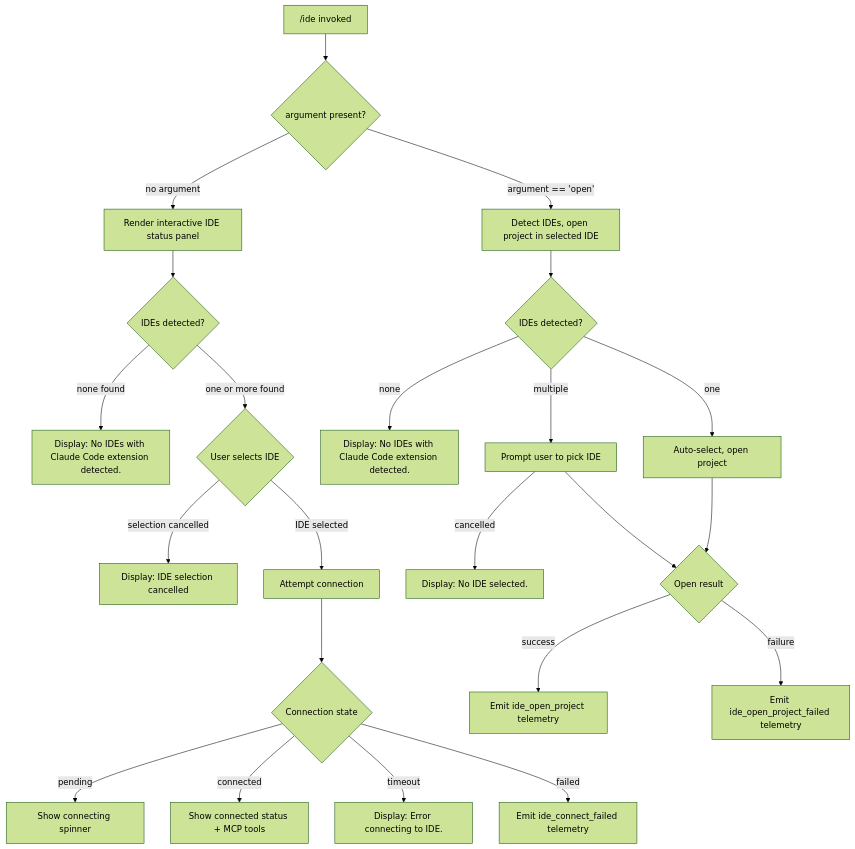
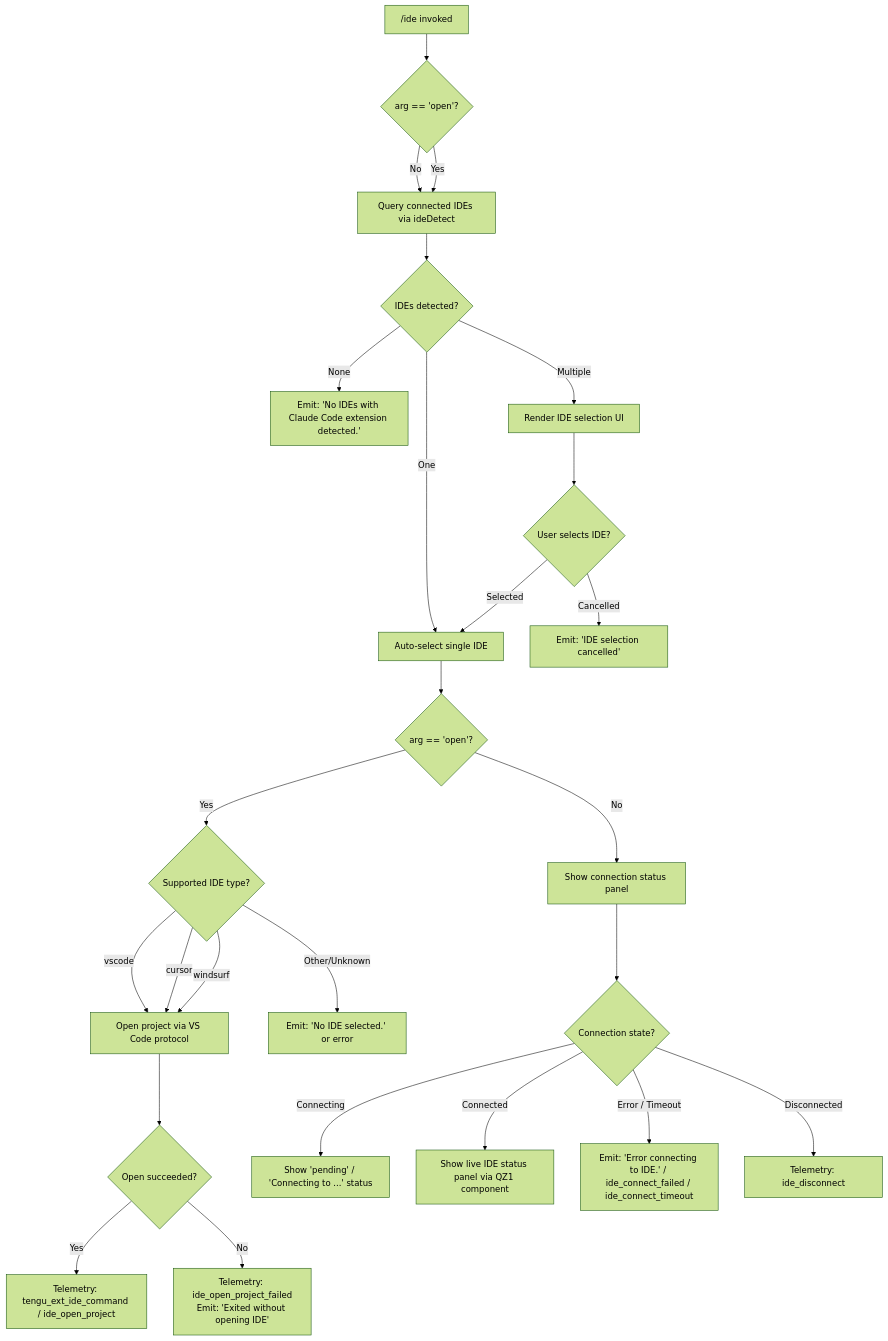
One commit to MyLittleLuckyDog/cc-gnothi changed the diagram in versions/v2.1.150/ide.md. Above: the diagram before and after it, drawn with Mermaid (forest theme). The commit also changed other lines of this file and 496 other files, not shown here.

````diff
--- a/versions/v2.1.150/ide.md
+++ b/versions/v2.1.150/ide.md
@@ -46,25 +55,34 @@
 ```mermaid
 flowchart TD
-    A["/ide invoked"] --> B{argument present?}
-    B -- "no argument" --> C[Render interactive IDE status panel]
-    B -- "argument == 'open'" --> D[Detect IDEs, open project in selected IDE]
-    C --> E{IDEs detected?}
-    E -- "none found" --> F["Display: No IDEs with Claude Code extension detected."]
-    E -- "one or more found" --> G{User selects IDE}
-    G -- "selection cancelled" --> H["Display: IDE selection cancelled"]
-    G -- "IDE selected" --> I[Attempt connection]
-    I --> J{Connection state}
-    J -- "pending" --> K[Show connecting spinner]
-    J -- "connected" --> L[Show connected status + MCP tools]
-    J -- "timeout" --> M["Display: Error connecting to IDE."]
-    J -- "failed" --> N["Emit ide_connect_failed telemetry"]
-    D --> O{IDEs detected?}
-    O -- "none" --> P["Display: No IDEs with Claude Code extension detected."]
-    O -- "one" --> Q[Auto-select, open project]
-    O -- "multiple" --> R[Prompt user to pick IDE]
-    R -- "cancelled" --> S["Display: No IDE selected."]
-    Q --> T{Open result}
-    R --> T
-    T -- "success" --> U["Emit ide_open_project telemetry"]
-    T -- "failure" --> V["Emit ide_open_project_failed telemetry"]
+    A["/ide invoked"] --> B{arg == 'open'?}
+    B -- No --> C[Query connected IDEs via ideDetect]
+    B -- Yes --> C
+
+    C --> D{IDEs detected?}
+    D -- None --> E["Emit: 'No IDEs with Claude Code extension detected.'"]
+    D -- One --> F[Auto-select single IDE]
+    D -- Multiple --> G[Render IDE selection UI]
+
+    G --> H{User selects IDE?}
+    H -- Cancelled --> I["Emit: 'IDE selection cancelled'"]
+    H -- Selected --> F
+
+    F --> J{arg == 'open'?}
+    J -- No --> K[Show connection status panel]
+    J -- Yes --> L{Supported IDE type?}
+
+    L -- vscode --> M[Open project via VS Code protocol]
+    L -- cursor --> M
+    L -- windsurf --> M
+    L -- Other/Unknown --> N["Emit: 'No IDE selected.' or error"]
+
+    M --> O{Open succeeded?}
+    O -- Yes --> P["Telemetry: tengu_ext_ide_command / ide_open_project"]
+    O -- No --> Q["Telemetry: ide_open_project_failed\nEmit: 'Exited without opening IDE'"]
+
+    K --> R{Connection state?}
+    R -- Connecting --> S["Show 'pending' / 'Connecting to ...' status"]
+    R -- Connected --> T[Show live IDE status panel via QZ1 component]
+    R -- Error / Timeout --> U["Emit: 'Error connecting to IDE.' / ide_connect_failed / ide_connect_timeout"]
+    R -- Disconnected --> V["Telemetry: ide_disconnect"]
 ```
````
